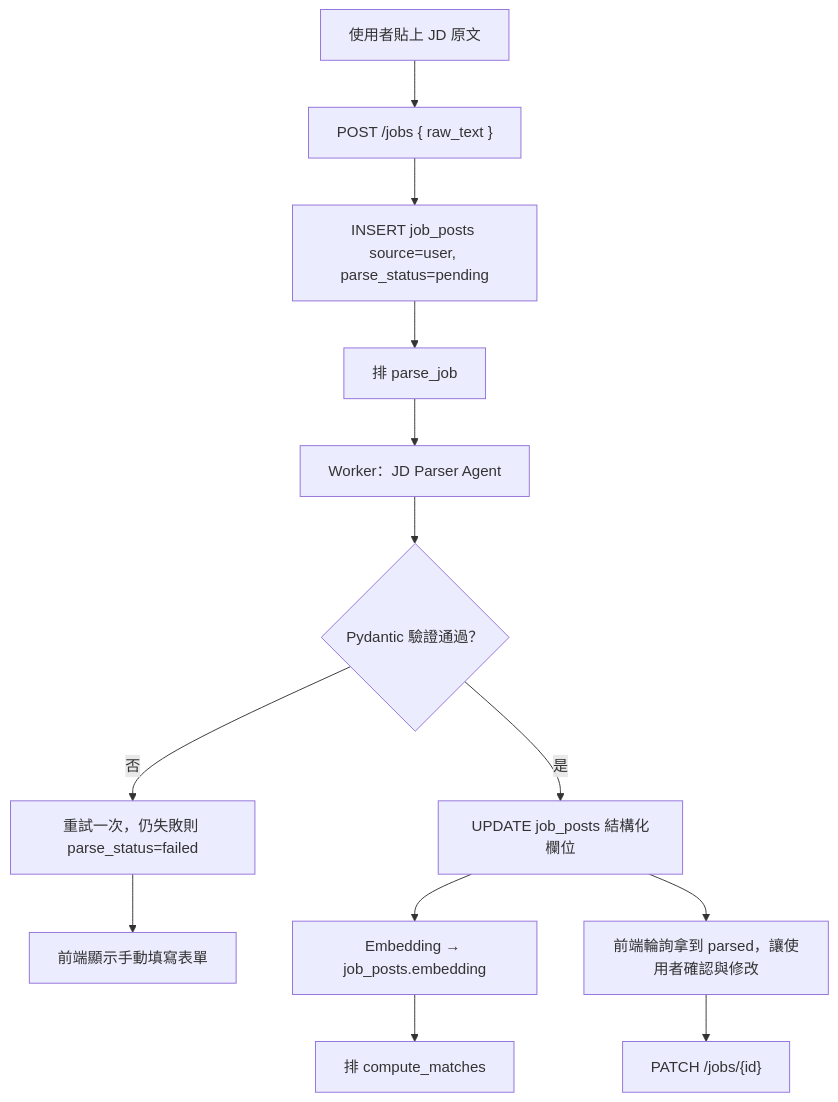
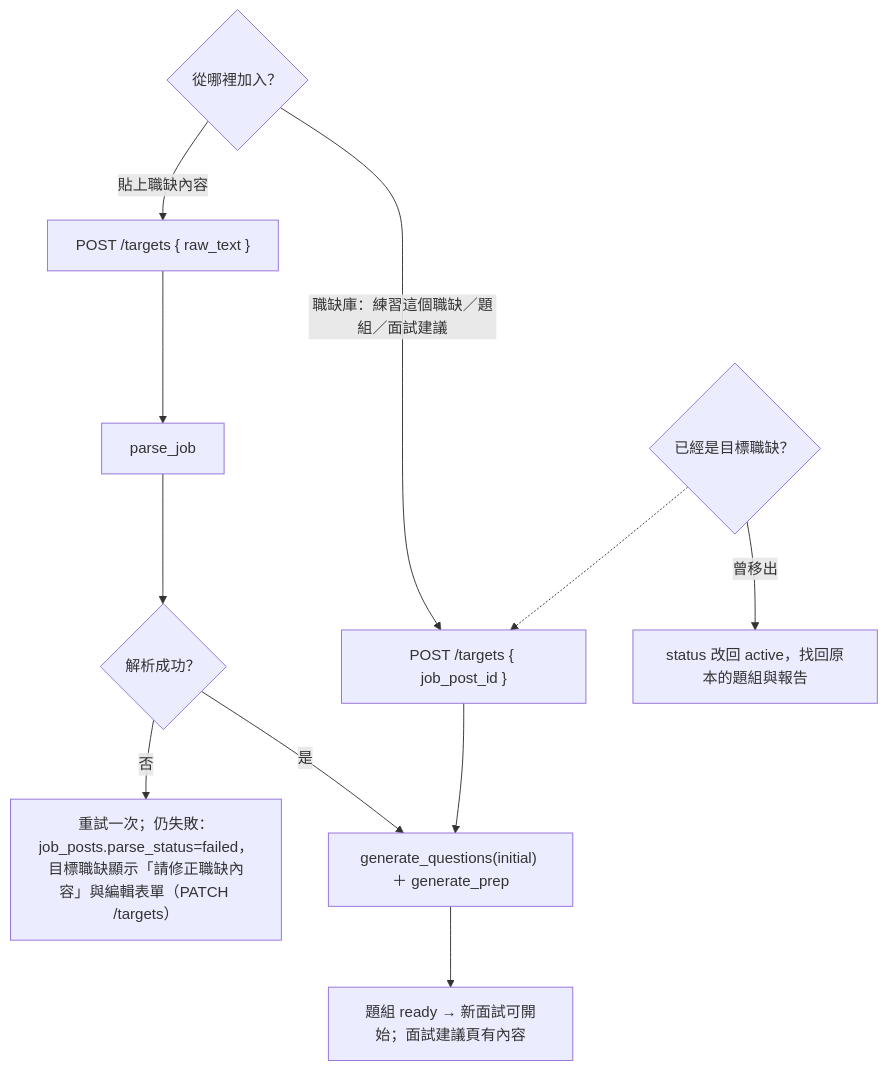
Before and after one commit to WilliamTsai1227/AI_Interview: the seventh of 29 diagrams in spec/flows.md, drawn with Mermaid. The commit also changed other lines of this file and 4 other files, not shown here.

````diff
--- a/spec/flows.md
+++ b/spec/flows.md
@@ -183,15 +216,13 @@
 ```mermaid
 flowchart TD
-    A["使用者貼上 JD 原文"] --> B["POST /jobs { raw_text }"]
-    B --> C["INSERT job_posts source=user, parse_status=pending"]
-    C --> D["排 parse_job"]
-    D --> E["Worker：JD Parser Agent"]
-    E --> F{"Pydantic 驗證通過？"}
-    F -- 否 --> G["重試一次，仍失敗則 parse_status=failed"]
-    G --> H["前端顯示手動填寫表單"]
-    F -- 是 --> I["UPDATE job_posts 結構化欄位"]
-    I --> J["Embedding → job_posts.embedding"]
-    J --> K["排 compute_matches"]
-    I --> L["前端輪詢拿到 parsed，讓使用者確認與修改"]
-    L --> M["PATCH /jobs/{id}"]
+    A{"從哪裡加入？"} -->|"貼上職缺內容"| B["POST /targets { raw_text }"]
+    A -->|"職缺庫：練習這個職缺／題組／面試建議"| C["POST /targets { job_post_id }"]
+    B --> D["parse_job"]
+    D --> E{"解析成功？"}
+    E -- 否 --> E1["重試一次；仍失敗：job_posts.parse_status=failed，目標職缺顯示「請修正職缺內容」與編輯表單（PATCH /targets）"]
+    E -- 是 --> F["generate_questions(initial) ＋ generate_prep"]
+    C --> F
+    F --> G["題組 ready → 新面試可開始；面試建議頁有內容"]
+    H{"已經是目標職缺？"} -.-> C
+    H -- 曾移出 --> I["status 改回 active，找回原本的題組與報告"]
 ```
````
